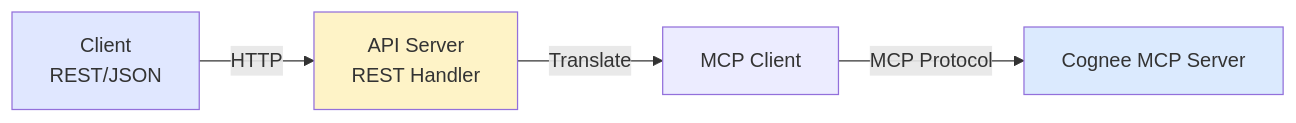
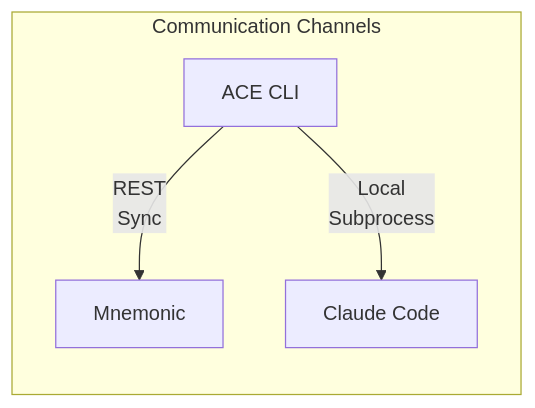
One commit to twistingmercury/mnemonic-mcp changed the first of 8 diagrams in docs/architecture/04-communication-patterns.md. Above: the diagram before and after it, drawn with Mermaid. The commit also changed other lines of this file and 28 other files, not shown here.

Commit message:
architecture v2

````diff
--- a/docs/architecture/04-communication-patterns.md
+++ b/docs/architecture/04-communication-patterns.md
@@ -174,10 +21,11 @@
 ```mermaid
 graph LR
-    Client[Client<br/>REST/JSON] -->|HTTP| API[API Server<br/>REST Handler]
-    API -->|Translate| MCP[MCP Client]
-    MCP -->|MCP Protocol| Cognee[Cognee MCP Server]
+    subgraph "Communication Channels"
+        CLI[ACE CLI]
+        MN[Mnemonic]
+        CC[Claude Code]
+    end
 
-    style Client fill:#E0E7FF
-    style API fill:#FEF3C7
-    style Cognee fill:#DBEAFE
+    CLI -->|"REST<br/>Sync"| MN
+    CLI -->|"Local<br/>Subprocess"| CC
 ```
````
